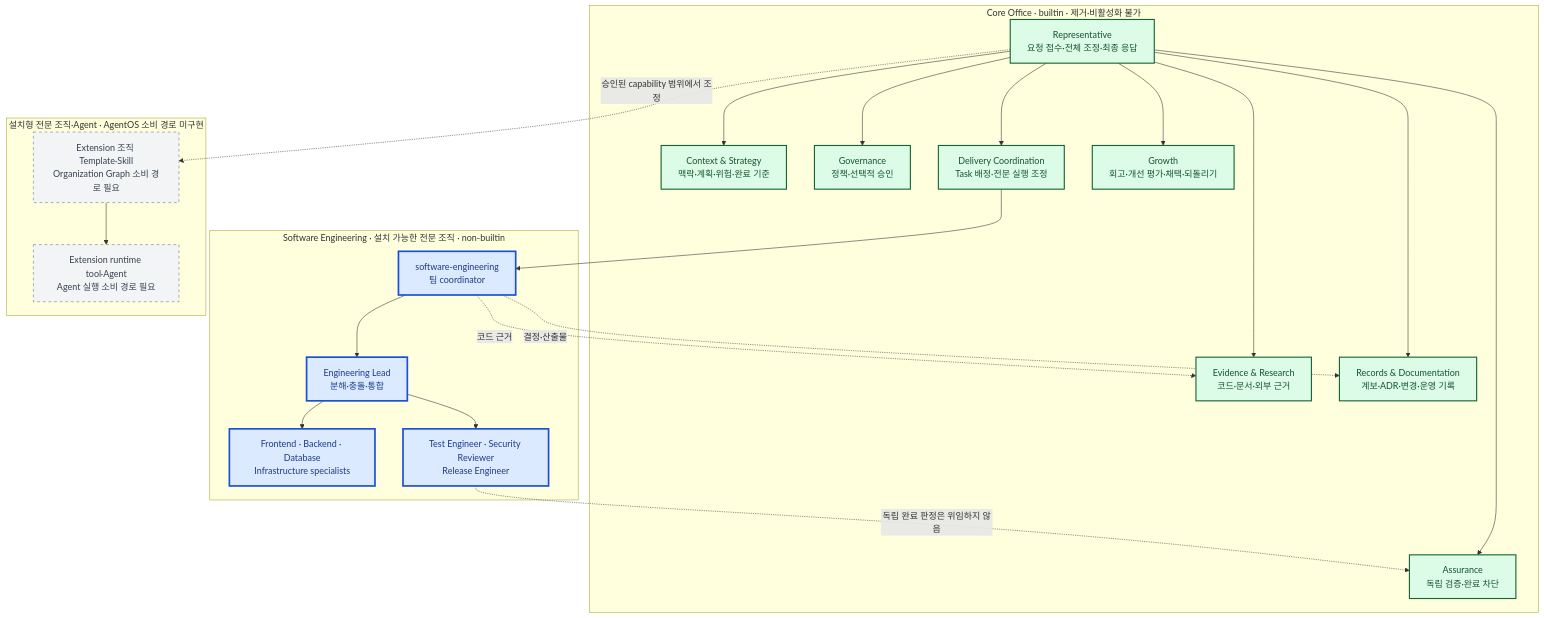
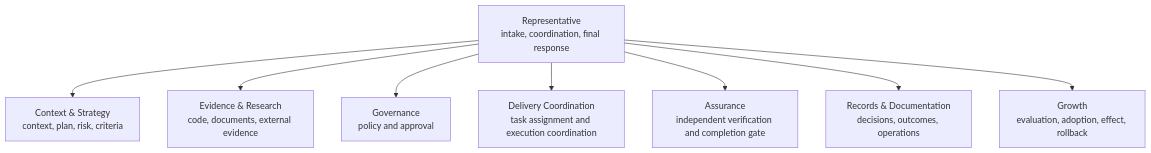
Before and after one commit to jabdori/massion: the second of 7 diagrams in docs/architecture/README.md, drawn with Mermaid. The commit also changed other lines of this file and 31 other files, not shown here.

````diff
--- a/docs/architecture/README.md
+++ b/docs/architecture/README.md
@@ -186,48 +110,19 @@
 ```mermaid
 flowchart TB
-  classDef implemented fill:#dcfce7,stroke:#166534,color:#14532d,stroke-width:2px;
-  classDef implementing fill:#dbeafe,stroke:#1d4ed8,color:#1e3a8a,stroke-width:3px;
-  classDef planned fill:#f3f4f6,stroke:#6b7280,color:#374151,stroke-width:1px,stroke-dasharray:5 5;
-  classDef external fill:#ffedd5,stroke:#c2410c,color:#7c2d12,stroke-width:2px;
+  Representative["Representative<br/>intake, coordination, final response"]
+  Strategy["Context & Strategy<br/>context, plan, risk, criteria"]
+  Evidence["Evidence & Research<br/>code, documents, external evidence"]
+  Governance["Governance<br/>policy and approval"]
+  Delivery["Delivery Coordination<br/>task assignment and execution coordination"]
+  Assurance["Assurance<br/>independent verification and completion gate"]
+  Records["Records & Documentation<br/>decisions, outcomes, operations"]
+  Growth["Growth<br/>evaluation, adoption, effect, rollback"]
 
-  subgraph Core["Core Office · builtin · 제거·비활성화 불가"]
-    Rep["Representative<br/>요청 접수·전체 조정·최종 응답"]:::implemented
-    Strategy["Context & Strategy<br/>맥락·계획·위험·완료 기준"]:::implemented
-    Evidence["Evidence & Research<br/>코드·문서·외부 근거"]:::implemented
-    Gov["Governance<br/>정책·선택적 승인"]:::implemented
-    Delivery["Delivery Coordination<br/>Task 배정·전문 실행 조정"]:::implemented
-    Assurance["Assurance<br/>독립 검증·완료 차단"]:::implemented
-    Records["Records & Documentation<br/>계보·ADR·변경·운영 기록"]:::implemented
-    Growth["Growth<br/>회고·개선 평가·채택·되돌리기"]:::implemented
-
-    Rep --> Strategy
-    Rep --> Evidence
-    Rep --> Gov
-    Rep --> Delivery
-    Rep --> Assurance
-    Rep --> Records
-    Rep --> Growth
-  end
-
-  subgraph Engineering["Software Engineering · 설치 가능한 전문 조직 · non-builtin"]
-    EngTeam["software-engineering<br/>팀 coordinator"]:::implementing
-    Lead["Engineering Lead<br/>분해·충돌·통합"]:::implementing
-    Specialists["Frontend · Backend · Database<br/>Infrastructure specialists"]:::implementing
-    Quality["Test Engineer · Security Reviewer<br/>Release Engineer"]:::implementing
-    EngTeam --> Lead
-    Lead --> Specialists
-    Lead --> Quality
-  end
-
-  subgraph Extensions["설치형 전문 조직·Agent · AgentOS 소비 경로 미구현"]
-    ExtOrg["Extension 조직 Template·Skill<br/>Organization Graph 소비 경로 필요"]:::planned
-    ExtAgent["Extension runtime tool·Agent<br/>Agent 실행 소비 경로 필요"]:::planned
-    ExtOrg --> ExtAgent
-  end
-
-  Delivery --> EngTeam
-  EngTeam -. "코드 근거" .-> Evidence
-  Quality -. "독립 완료 판정은 위임하지 않음" .-> Assurance
-  EngTeam -. "결정·산출물" .-> Records
-  Rep -. "승인된 capability 범위에서 조정" .-> ExtOrg
+  Representative --> Strategy
+  Representative --> Evidence
+  Representative --> Governance
+  Representative --> Delivery
+  Representative --> Assurance
+  Representative --> Records
+  Representative --> Growth
 ```
````
